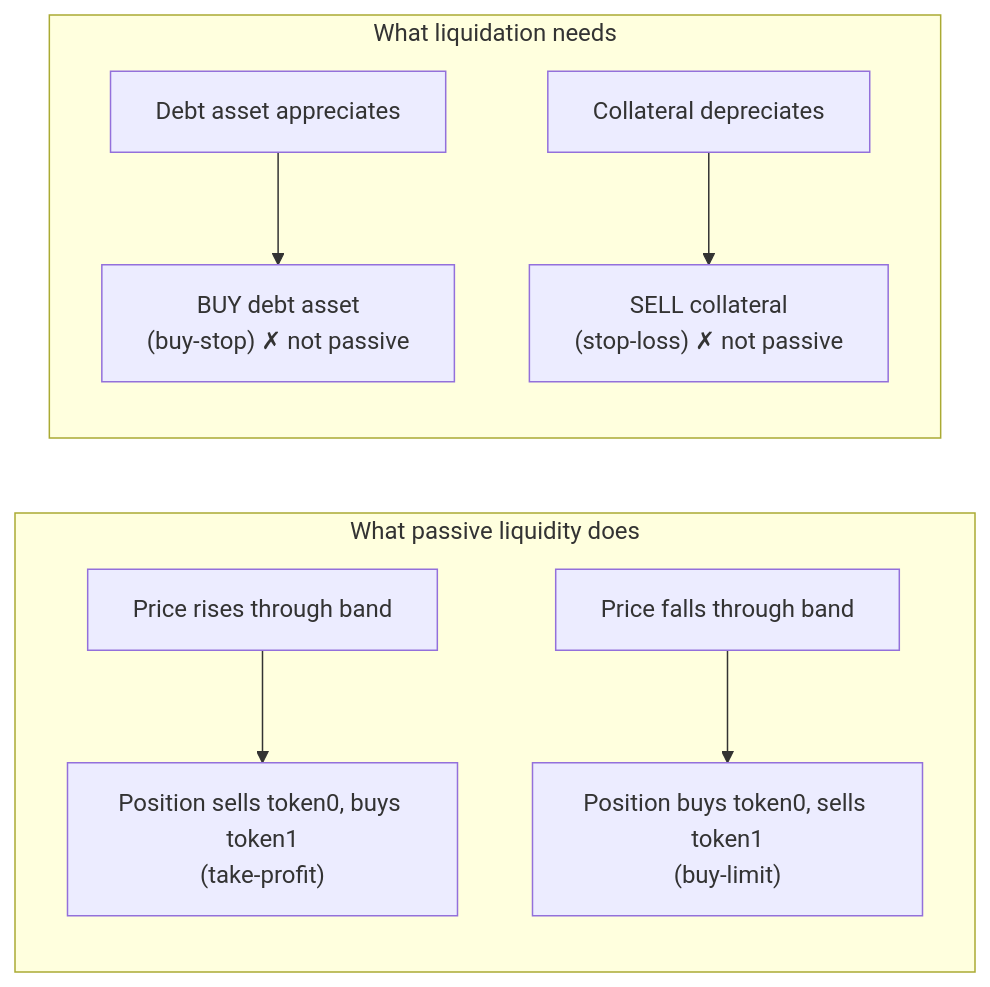
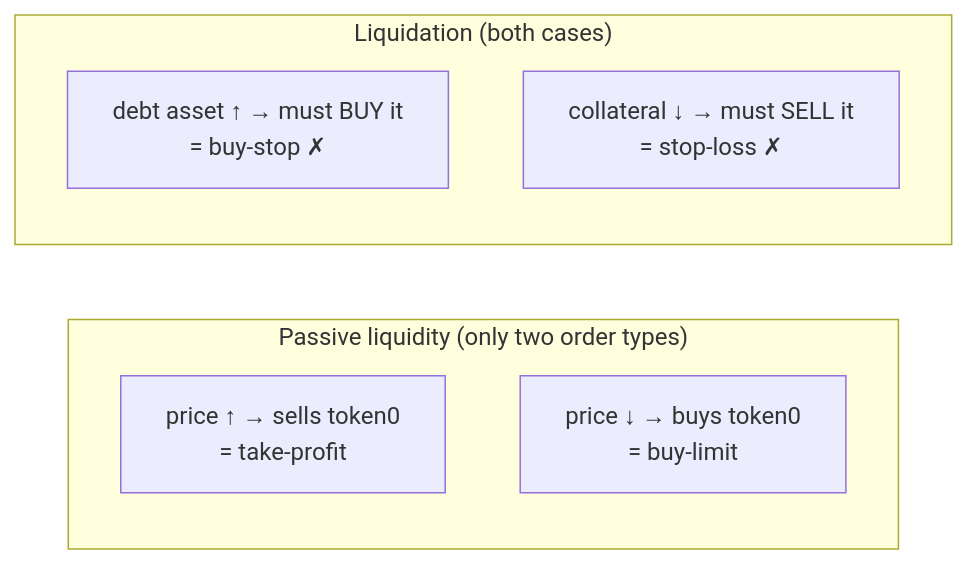
One commit to queenleoa/TrueLend changed the first of 2 diagrams in RESEARCH.md. Above: the diagram before and after it, drawn with Mermaid. The commit also changed other lines of this file and 1 other file, not shown here.

````diff
--- a/RESEARCH.md
+++ b/RESEARCH.md
@@ -42,11 +47,11 @@
 ```mermaid
 flowchart LR
-    subgraph AMM["What passive liquidity does"]
-        A1["Price rises through band"] --> A2["Position sells token0, buys token1<br/>(take-profit)"]
-        B1["Price falls through band"] --> B2["Position buys token0, sells token1<br/>(buy-limit)"]
+    subgraph P["Passive liquidity (only two order types)"]
+        p1["price ↑ → sells token0<br/>= take-profit"]
+        p2["price ↓ → buys token0<br/>= buy-limit"]
     end
-    subgraph LIQ["What liquidation needs"]
-        C1["Debt asset appreciates"] --> C2["BUY debt asset<br/>(buy-stop) ✗ not passive"]
-        D1["Collateral depreciates"] --> D2["SELL collateral<br/>(stop-loss) ✗ not passive"]
+    subgraph L["Liquidation (both cases)"]
+        l1["debt asset ↑ → must BUY it<br/>= buy-stop ✗"]
+        l2["collateral ↓ → must SELL it<br/>= stop-loss ✗"]
     end
 ```
````
